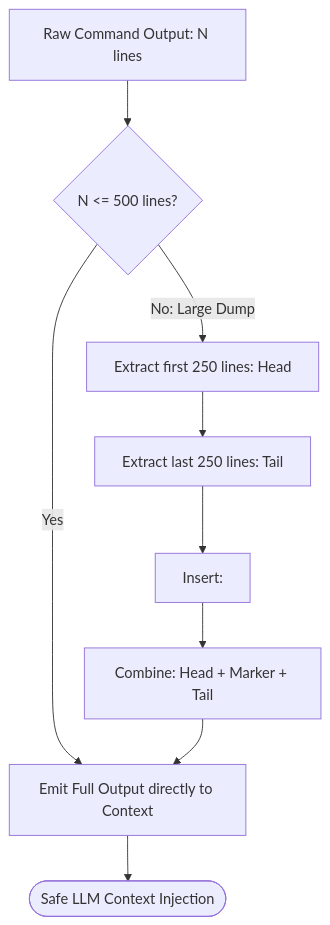
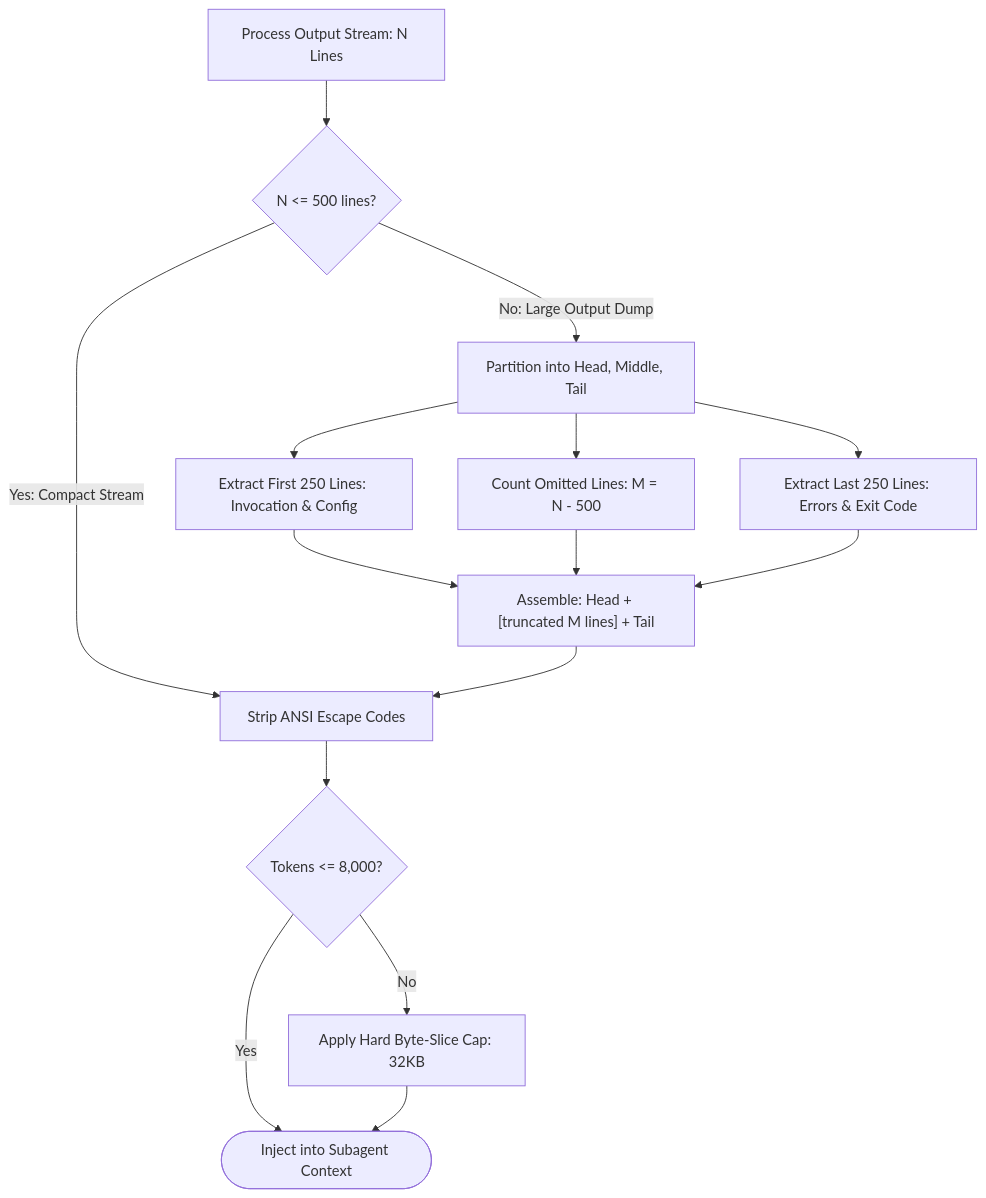
The diagram in docs/olt/architecture/07-distributed-leasing-execution/07-04-cowan-token-budgeting-and-sanitization.md (onurseckin/skills), drawn with Mermaid before and after one commit. The commit also changed other lines of this file and 163 other files, not shown here.

````diff
--- a/docs/olt/architecture/07-distributed-leasing-execution/07-04-cowan-token-budgeting-and-sanitization.md
+++ b/docs/olt/architecture/07-distributed-leasing-execution/07-04-cowan-token-budgeting-and-sanitization.md
@@ -67,11 +107,21 @@
 ```mermaid
 flowchart TD
-    RawStream[Raw Command Output: N lines] --> CheckLength{N <= 500 lines?}
-    CheckLength -->|Yes| PassThrough[Emit Full Output directly to Context]
-    CheckLength -->|No: Large Dump| SliceHead[Extract first 250 lines: Head]
-    SliceHead --> SliceTail[Extract last 250 lines: Tail]
-    SliceTail --> InsertMarker[Insert: <truncated N-500 lines>]
-    InsertMarker --> Combine[Combine: Head + Marker + Tail]
-    Combine --> PassThrough
-    PassThrough --> LLMContext([Safe LLM Context Injection])
+    Stream[Process Output Stream: N Lines] --> CheckLines{N <= 500 lines?}
+
+    CheckLines -->|Yes: Compact Stream| StripAnsi[Strip ANSI Escape Codes]
+    CheckLines -->|No: Large Output Dump| Partition[Partition into Head, Middle, Tail]
+
+    Partition --> ExtractHead[Extract First 250 Lines: Invocation & Config]
+    Partition --> CountOmission["Count Omitted Lines: M = N - 500"]
+    Partition --> ExtractTail[Extract Last 250 Lines: Errors & Exit Code]
+
+    ExtractHead --> Assemble["Assemble: Head + [truncated M lines] + Tail"]
+    CountOmission --> Assemble
+    ExtractTail --> Assemble
+
+    Assemble --> StripAnsi
+    StripAnsi --> TokenCheck{Tokens <= 8,000?}
+    TokenCheck -->|Yes| EmitToContext([Inject into Subagent Context])
+    TokenCheck -->|No| ForceByteCap[Apply Hard Byte-Slice Cap: 32KB]
+    ForceByteCap --> EmitToContext
 ```
````
